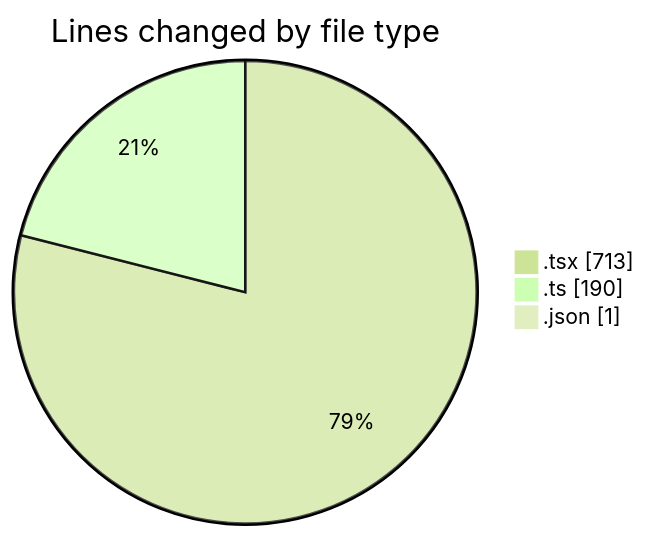
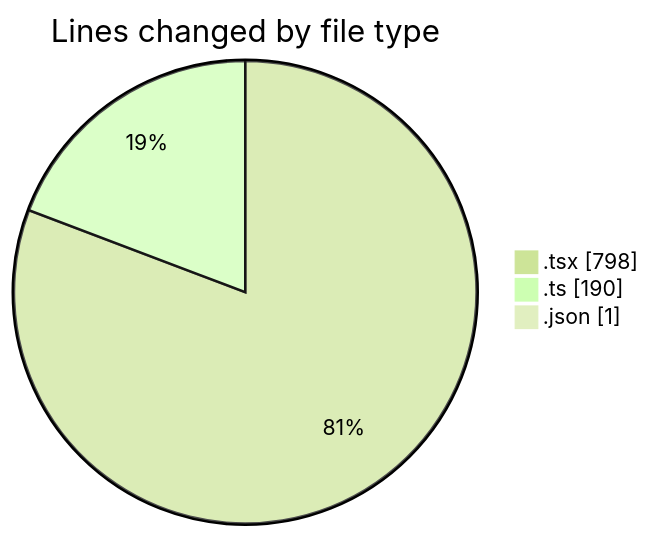
Before and after one commit to momahboobian/code-tracking: the first of 2 diagrams in 2026-09-17/cda/README.md, drawn with Mermaid (forest theme). The commit also changed other lines of this file and 1 other file, not shown here.

````diff
--- a/2026-09-17/cda/README.md
+++ b/2026-09-17/cda/README.md
@@ -34,7 +35,7 @@
 ```mermaid
 pie showData
 title Lines changed by file type
-".tsx" : 713
+".tsx" : 798
 ".ts" : 190
 ".json" : 1
 ```
````
